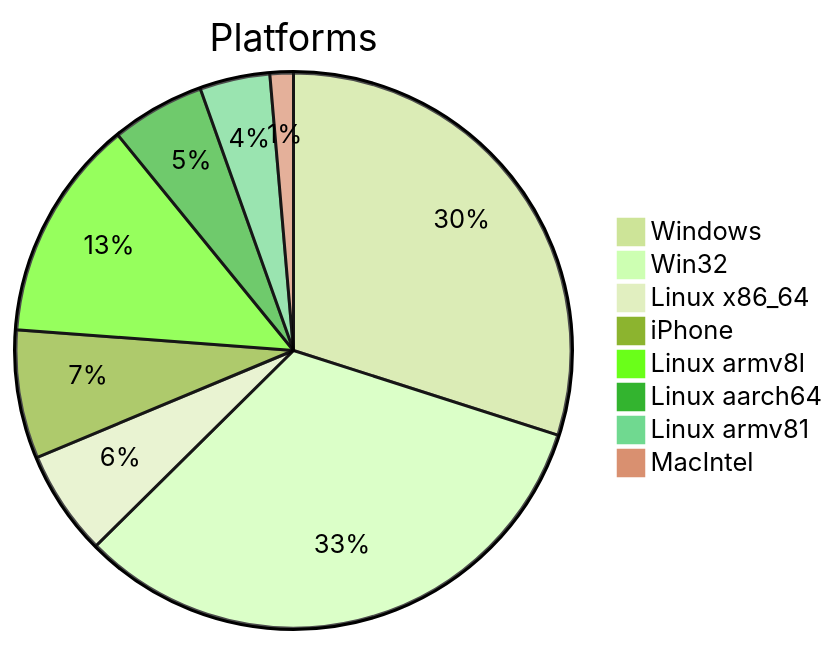
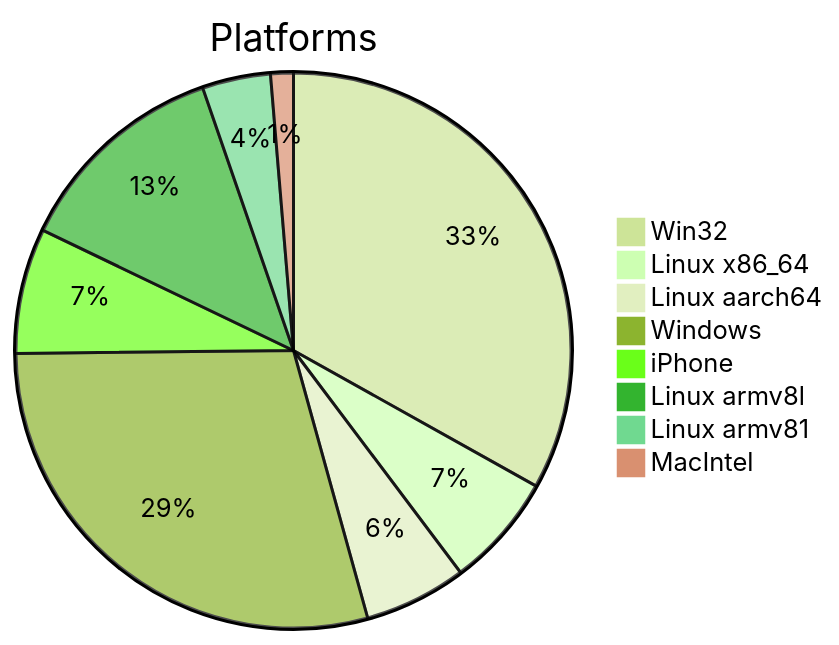
The first of 2 diagrams in DATA_REPORT.md (Krugou/socials), drawn with Mermaid (forest theme) before and after one commit. The commit also changed other lines of this file and 2 other files, not shown here.

````diff
--- a/DATA_REPORT.md
+++ b/DATA_REPORT.md
@@ -9,11 +9,11 @@
 ```mermaid
 pie title Platforms
+    "Win32" : 50
+    "Linux x86_64" : 10
+    "Linux aarch64" : 9
     "Windows" : 44
-    "Win32" : 48
-    "Linux x86_64" : 9
     "iPhone" : 11
     "Linux armv8l" : 19
-    "Linux aarch64" : 8
     "Linux armv81" : 6
     "MacIntel" : 2
 ```
````
